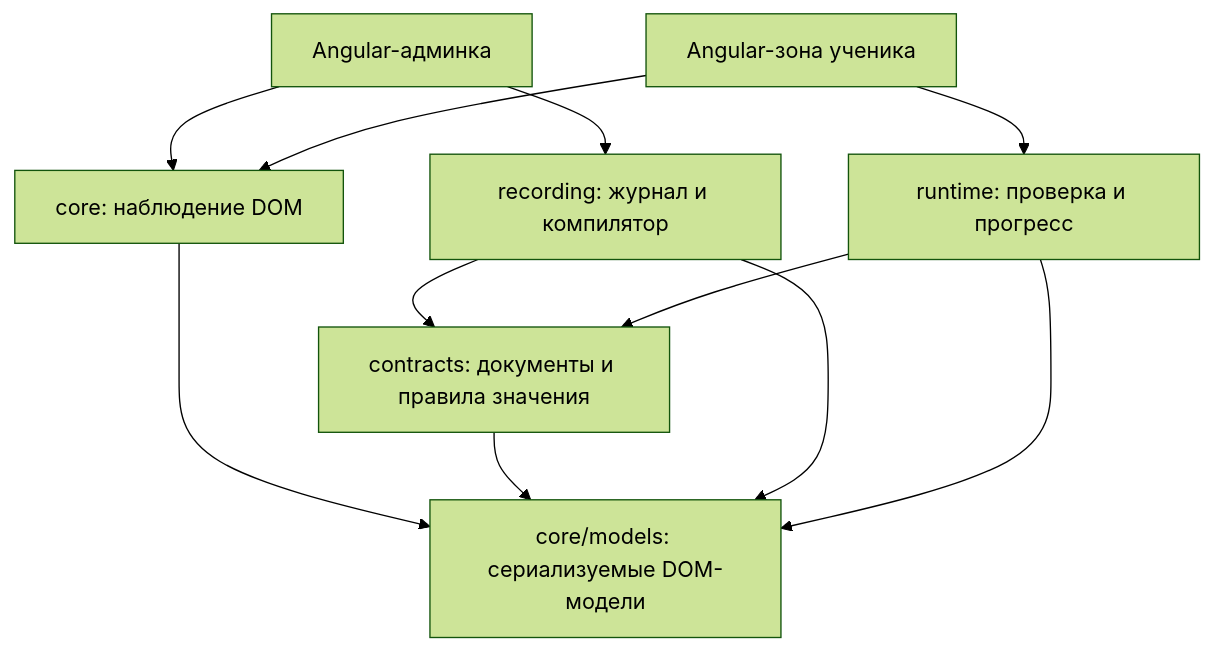
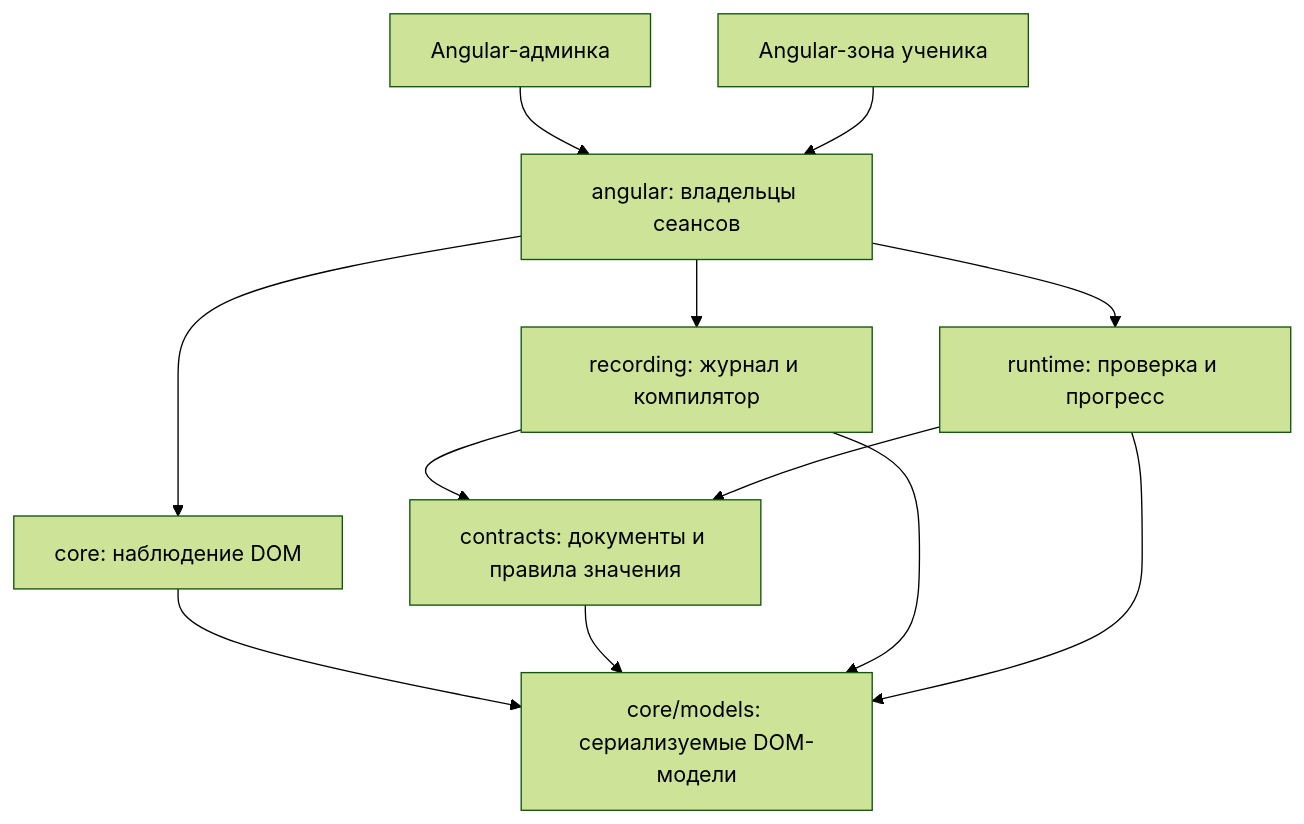
Before and after one commit to a1rat91/training-observer: the first of 2 diagrams in ARCHITECTURE.md, drawn with Mermaid (forest theme). The commit also changed other lines of this file and 56 other files, not shown here.

````diff
--- a/ARCHITECTURE.md
+++ b/ARCHITECTURE.md
@@ -11,14 +11,15 @@
 ```mermaid
 flowchart TD
     Models[core/models: сериализуемые DOM-модели]
     Core[core: наблюдение DOM] --> Models
     Contracts[contracts: документы и правила значения] --> Models
     Recording[recording: журнал и компилятор] --> Contracts
     Recording --> Models
     Runtime[runtime: проверка и прогресс] --> Contracts
     Runtime --> Models
-    Admin[Angular-админка] --> Core
-    Admin --> Recording
-    Learner[Angular-зона ученика] --> Core
-    Learner --> Runtime
+    Angular[angular: владельцы сеансов] --> Core
+    Angular --> Recording
+    Angular --> Runtime
+    Admin[Angular-админка] --> Angular
+    Learner[Angular-зона ученика] --> Angular
 ```
````
